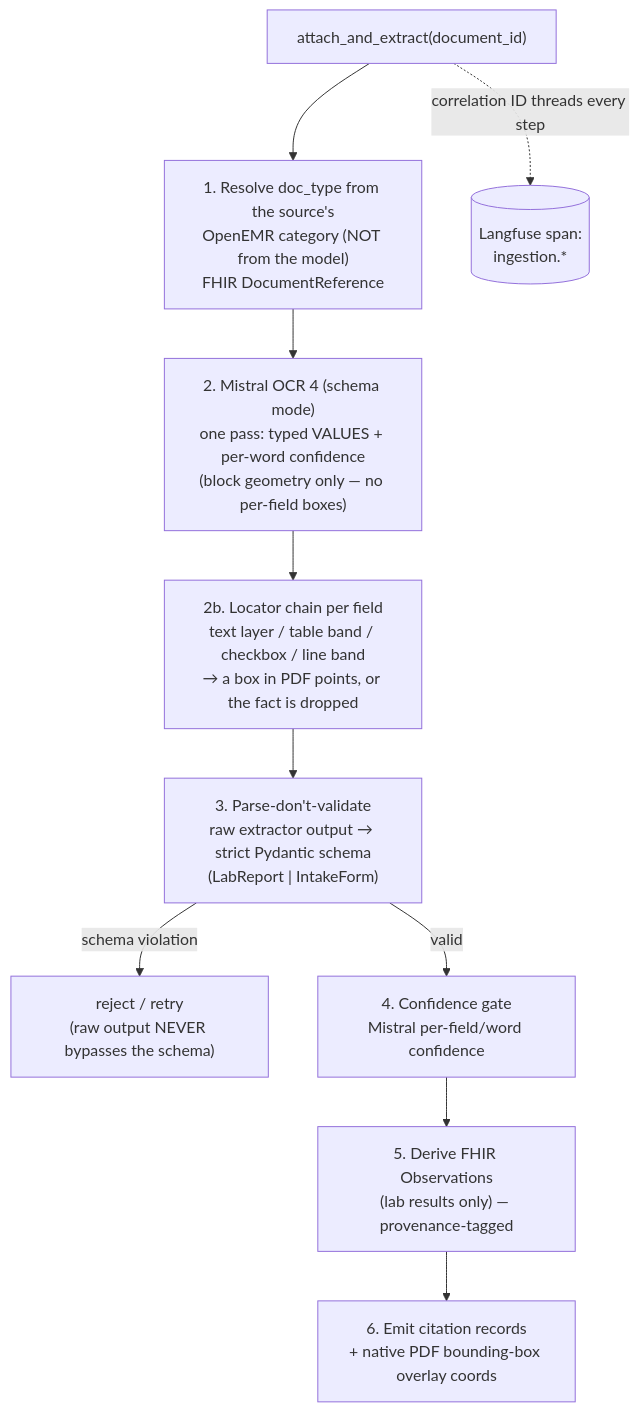
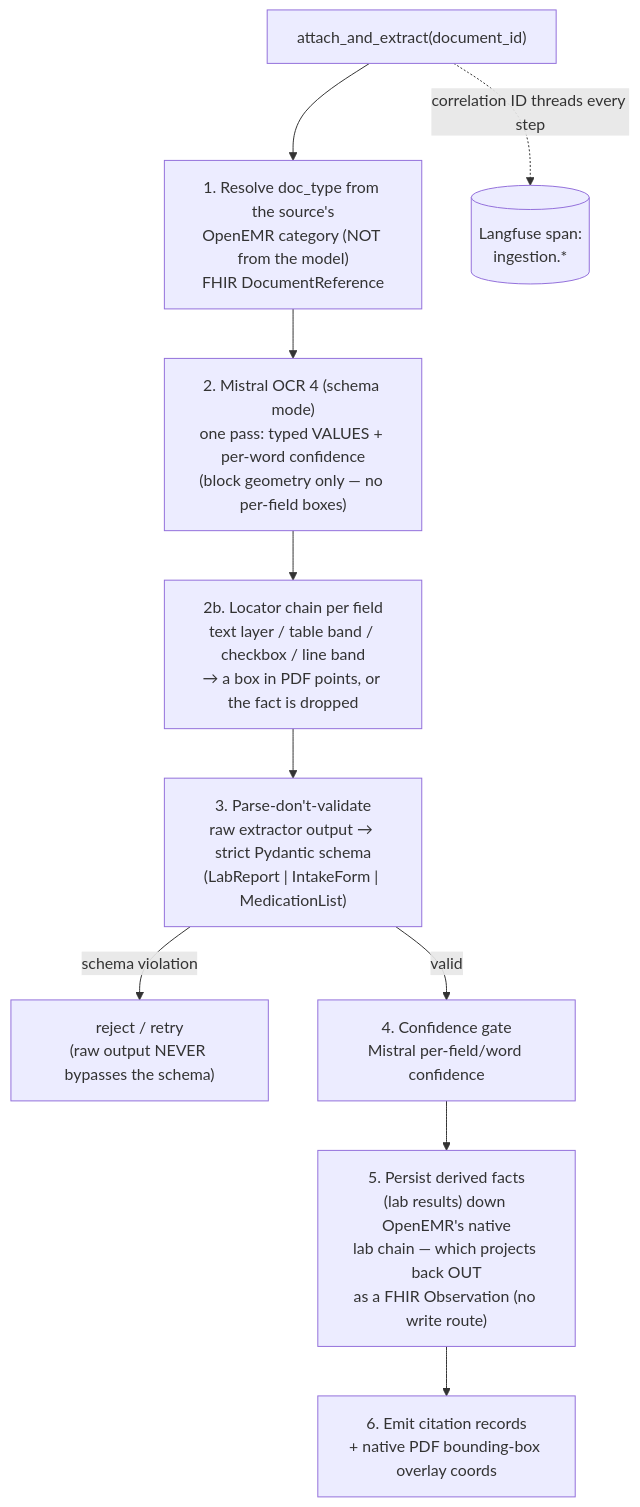
Before and after one commit to Josie29/openemr: the first of 3 diagrams in W2_ARCHITECTURE.md, drawn with Mermaid. The commit also changed other lines of this file and 147 other files, not shown here.

First line of the commit message:
qa/integration → main: Week-2 write-back, lab reads, eval gate, chat timeout (JOS-81/82/83/87/88/89/91, JOS-67/63)

````diff
--- a/W2_ARCHITECTURE.md
+++ b/W2_ARCHITECTURE.md
@@ -185,12 +200,12 @@
 ```mermaid
 flowchart TB
     up["attach_and_extract(document_id)"] --> store["1. Resolve doc_type from the source's\nOpenEMR category (NOT from the model)\nFHIR DocumentReference"]
     store --> ext["2. Mistral OCR 4 (schema mode)\none pass: typed VALUES + per-word confidence\n(block geometry only — no per-field boxes)"]
     ext --> locate["2b. Locator chain per field\ntext layer / table band / checkbox / line band\n→ a box in PDF points, or the fact is dropped"]
-    locate --> parse["3. Parse-don't-validate\nraw extractor output → strict Pydantic schema\n(LabReport | IntakeForm)"]
+    locate --> parse["3. Parse-don't-validate\nraw extractor output → strict Pydantic schema\n(LabReport | IntakeForm | MedicationList)"]
     parse -->|schema violation| retry["reject / retry\n(raw output NEVER bypasses the schema)"]
     parse -->|valid| conf["4. Confidence gate\nMistral per-field/word confidence"]
-    conf --> derive["5. Derive FHIR Observations\n(lab results only) — provenance-tagged"]
+    conf --> derive["5. Persist derived facts\n(lab results) down OpenEMR's native\nlab chain — which projects back OUT\nas a FHIR Observation (no write route)"]
     derive --> cite["6. Emit citation records\n+ native PDF bounding-box overlay coords"]
     up -.->|correlation ID threads every step| obs[("Langfuse span:\ningestion.*")]
 ```
````
